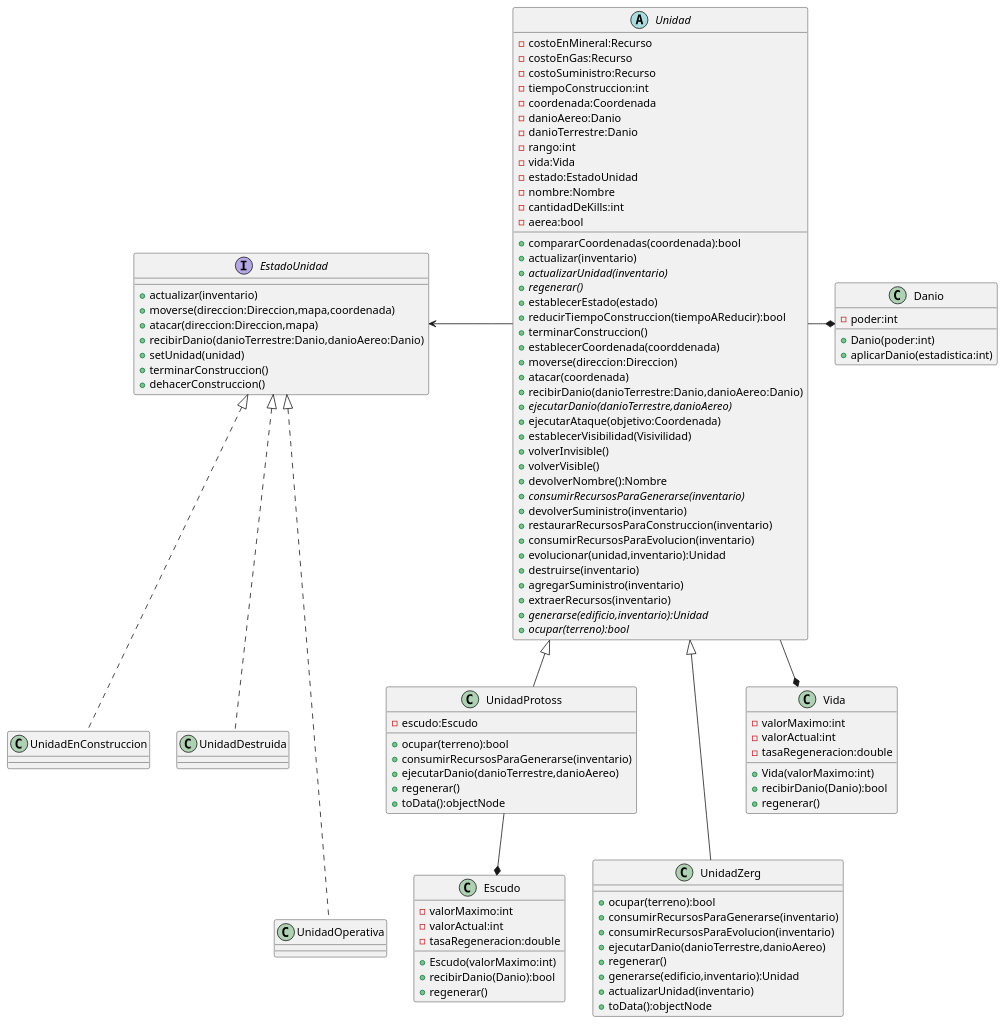
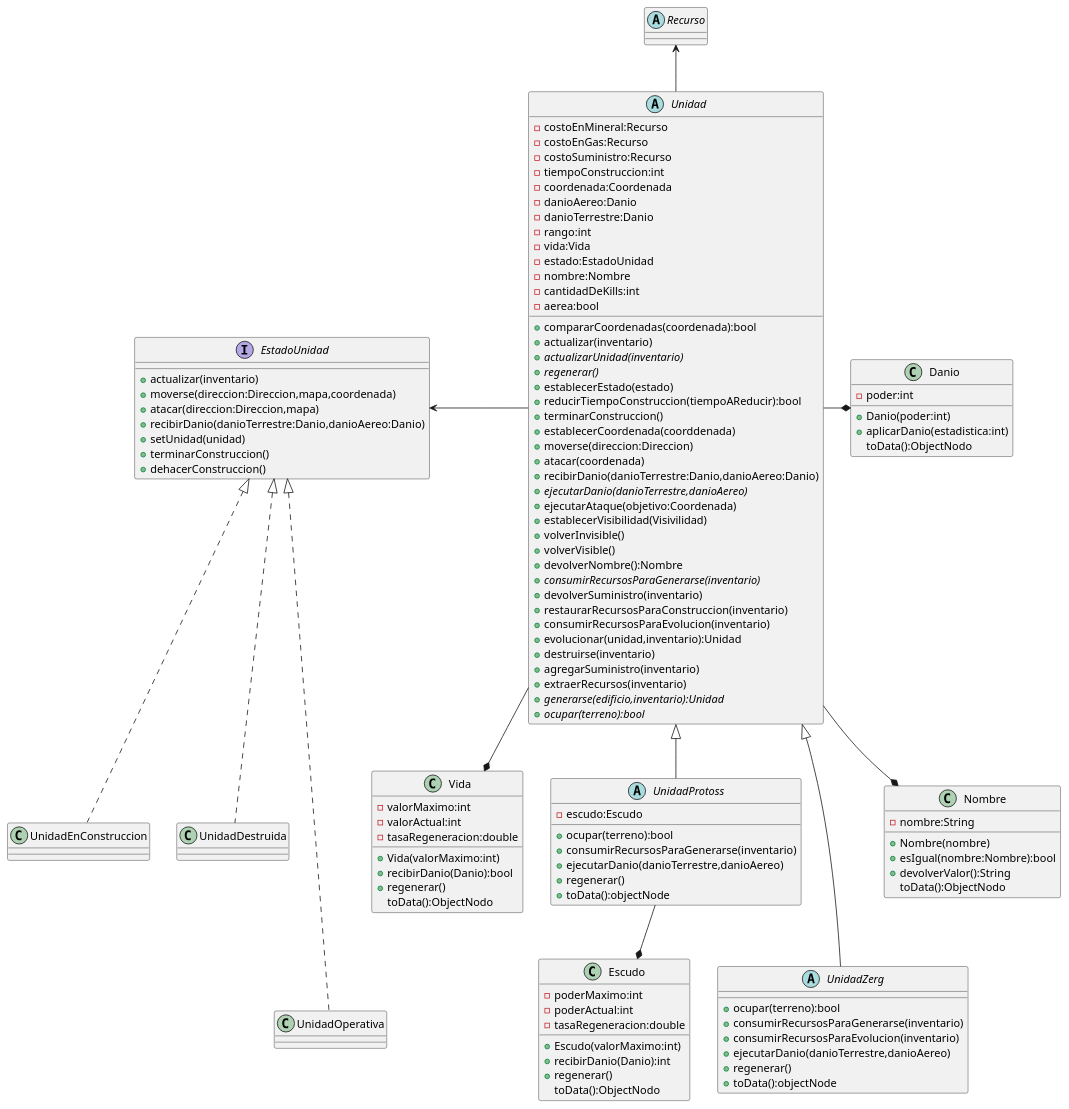
One commit to LucasMBarrientos/algo3_tp2 changed the diagram in diagrams/Modelo/class/class_unidad.puml. Above: the diagram before and after it, drawn with PlantUML. The commit also changed 4 other files, not shown here.

Commit message:
todos los diagramas

```diff
--- a/diagrams/Modelo/class/class_unidad.puml
+++ b/diagrams/Modelo/class/class_unidad.puml
@@ -1,116 +1,127 @@
 @startuml
 interface EstadoUnidad{
 +actualizar(inventario)
 +moverse(direccion:Direccion,mapa,coordenada)
 +atacar(direccion:Direccion,mapa)
 +recibirDanio(danioTerrestre:Danio,danioAereo:Danio)
 +setUnidad(unidad)
 +terminarConstruccion()
 +dehacerConstruccion()
 }
 
 abstract Unidad{
 -costoEnMineral:Recurso
 -costoEnGas:Recurso
 -costoSuministro:Recurso
 -tiempoConstruccion:int
 -coordenada:Coordenada
 -danioAereo:Danio
 -danioTerrestre:Danio
 -rango:int
 -vida:Vida
 -estado:EstadoUnidad
 -nombre:Nombre
 -cantidadDeKills:int
 -aerea:bool
 +compararCoordenadas(coordenada):bool
 +actualizar(inventario)
 {abstract}+actualizarUnidad(inventario)
 {abstract}+regenerar()
 +establecerEstado(estado)
 +reducirTiempoConstruccion(tiempoAReducir):bool
 +terminarConstruccion()
 +establecerCoordenada(coorddenada)
 +moverse(direccion:Direccion)
 +atacar(coordenada)
 +recibirDanio(danioTerrestre:Danio,danioAereo:Danio)
 {abstract}+ejecutarDanio(danioTerrestre,danioAereo)
 +ejecutarAtaque(objetivo:Coordenada)
 +establecerVisibilidad(Visivilidad)
 +volverInvisible()
 +volverVisible()
 +devolverNombre():Nombre
 {abstract}+consumirRecursosParaGenerarse(inventario)
 +devolverSuministro(inventario)
 +restaurarRecursosParaConstruccion(inventario)
 +consumirRecursosParaEvolucion(inventario)
 +evolucionar(unidad,inventario):Unidad
 +destruirse(inventario)
 +agregarSuministro(inventario)
 +extraerRecursos(inventario)
 {abstract}+generarse(edificio,inventario):Unidad
 {abstract}+ocupar(terreno):bool
 }
-class UnidadProtoss{
+abstract UnidadProtoss{
 
 -escudo:Escudo
 +ocupar(terreno):bool
 +consumirRecursosParaGenerarse(inventario)
 +ejecutarDanio(danioTerrestre,danioAereo)
 +regenerar()
 +toData():objectNode
 }
-class UnidadZerg{
+abstract UnidadZerg{
 
 +ocupar(terreno):bool
 +consumirRecursosParaGenerarse(inventario)
 +consumirRecursosParaEvolucion(inventario)
 +ejecutarDanio(danioTerrestre,danioAereo)
 +regenerar()
-+generarse(edificio,inventario):Unidad
-+actualizarUnidad(inventario)
 +toData():objectNode
 }
 
 class UnidadEnConstruccion{
 }
 
 class UnidadDestruida{
 }
 
 class UnidadOperativa{
 }
 
 class Danio{
 -poder:int
 +Danio(poder:int)
 +aplicarDanio(estadistica:int)
+toData():ObjectNodo
+
+}
+class Nombre{
+-nombre:String
++Nombre(nombre)
++esIgual(nombre:Nombre):bool
++devolverValor():String
+toData():ObjectNodo
 }
 class Escudo{
--valorMaximo:int
--valorActual:int
+-poderMaximo:int
+-poderActual:int
 -tasaRegeneracion:double
 +Escudo(valorMaximo:int)
-+recibirDanio(Danio):bool
++recibirDanio(Danio):int
 +regenerar()
+toData():ObjectNodo
 }
 
 class Vida{
 -valorMaximo:int
 -valorActual:int
 -tasaRegeneracion:double
 +Vida(valorMaximo:int)
 +recibirDanio(Danio):bool
 +regenerar()
+toData():ObjectNodo
 }
-
+abstract Recurso
+Unidad -up-> Recurso
+Unidad --* Nombre
 Unidad --* Vida
 Unidad -*  Danio
 Unidad <|-- UnidadProtoss
 UnidadProtoss --* Escudo
 Unidad <|--- UnidadZerg
 EstadoUnidad <- Unidad
 EstadoUnidad <|... UnidadOperativa
 EstadoUnidad <|.. UnidadEnConstruccion
 EstadoUnidad <|.. UnidadDestruida
 @enduml
```
